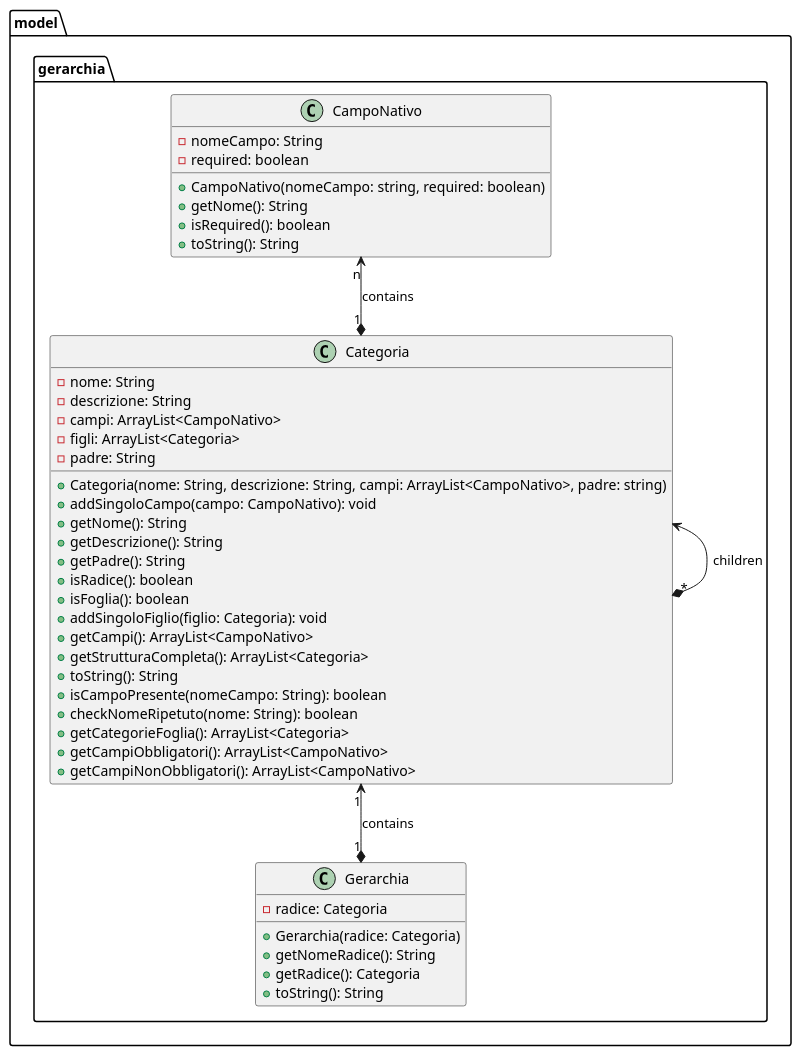
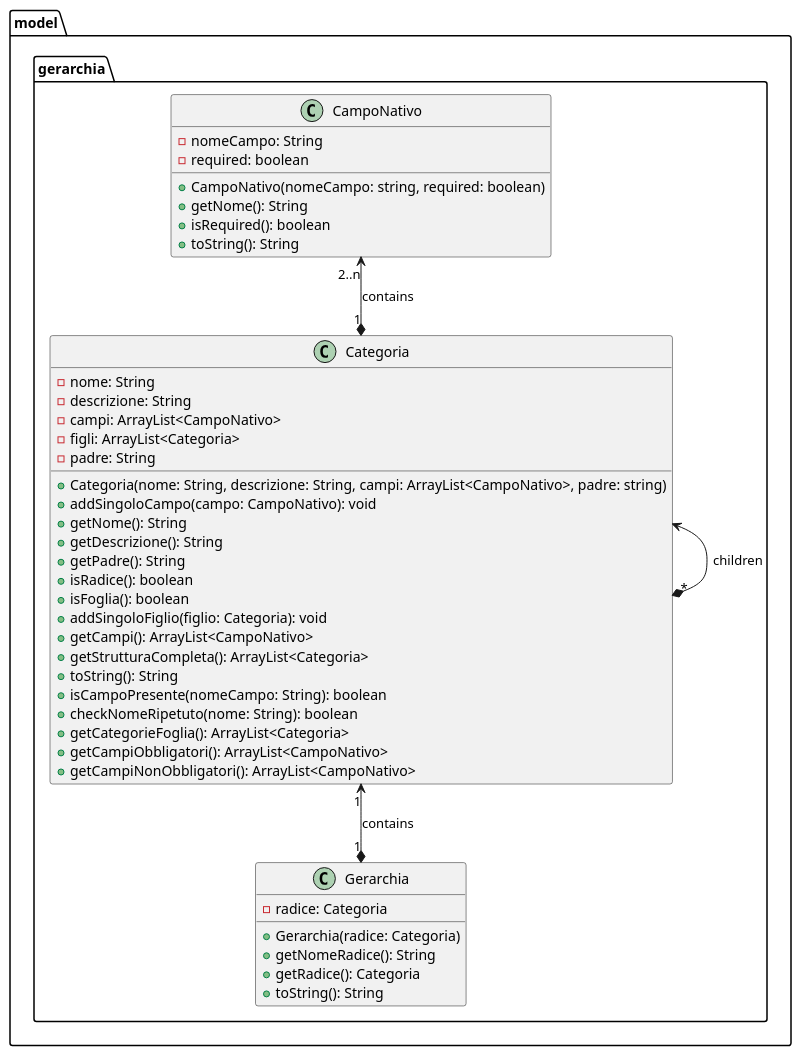
Before and after one commit to bernagit/IngegneriaSoftware: the diagram in Documentation/Ver1/model.gerarchia.puml, drawn with PlantUML. The commit also changed 35 other files, not shown here.

```diff
--- a/Documentation/Ver1/model.gerarchia.puml
+++ b/Documentation/Ver1/model.gerarchia.puml
@@ -1,52 +1,52 @@
 @startuml model.gerarchia
 
 package model.gerarchia{
     class CampoNativo{
         -nomeCampo: String
         -required: boolean
         +CampoNativo(nomeCampo: string, required: boolean)
         +getNome(): String
         +isRequired(): boolean
         +toString(): String
     }
 
     class Categoria{
         -nome: String
         -descrizione: String
         -campi: ArrayList<CampoNativo>
         -figli: ArrayList<Categoria>
         -padre: String
 
         +Categoria(nome: String, descrizione: String, campi: ArrayList<CampoNativo>, padre: string)
         +addSingoloCampo(campo: CampoNativo): void
         +getNome(): String
         +getDescrizione(): String
         +getPadre(): String
         +isRadice(): boolean
         +isFoglia(): boolean
         +addSingoloFiglio(figlio: Categoria): void
         +getCampi(): ArrayList<CampoNativo>
         +getStrutturaCompleta(): ArrayList<Categoria>
         +toString(): String
         +isCampoPresente(nomeCampo: String): boolean
         +checkNomeRipetuto(nome: String): boolean
         +getCategorieFoglia(): ArrayList<Categoria>
         +getCampiObbligatori(): ArrayList<CampoNativo>
         +getCampiNonObbligatori(): ArrayList<CampoNativo>
     }
 
     class Gerarchia{
         -radice: Categoria
         +Gerarchia(radice: Categoria)
         +getNomeRadice(): String
         +getRadice(): Categoria
         +toString(): String
     }
 
-    CampoNativo "n" <--* "1" Categoria : contains
+    CampoNativo "2..n" <--* "1" Categoria : contains
     Categoria "1" <--* "1" Gerarchia  : contains
     Categoria <--* "*" Categoria : children
 }
 
 
 @enduml
```
